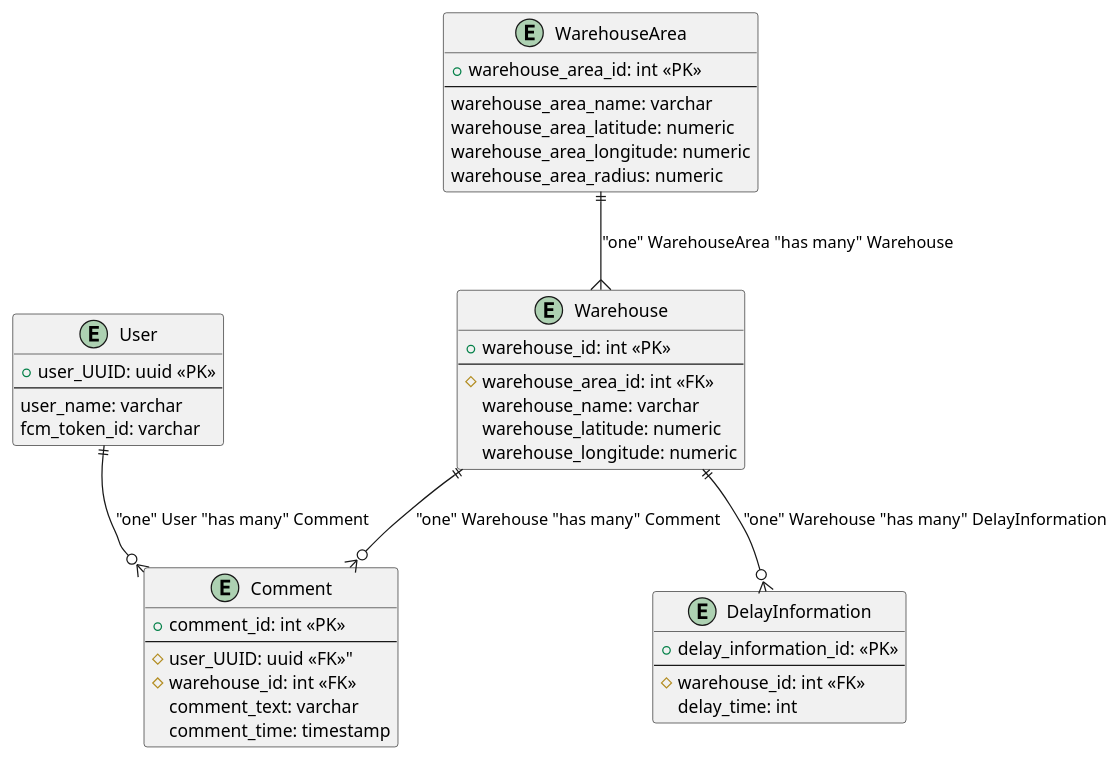
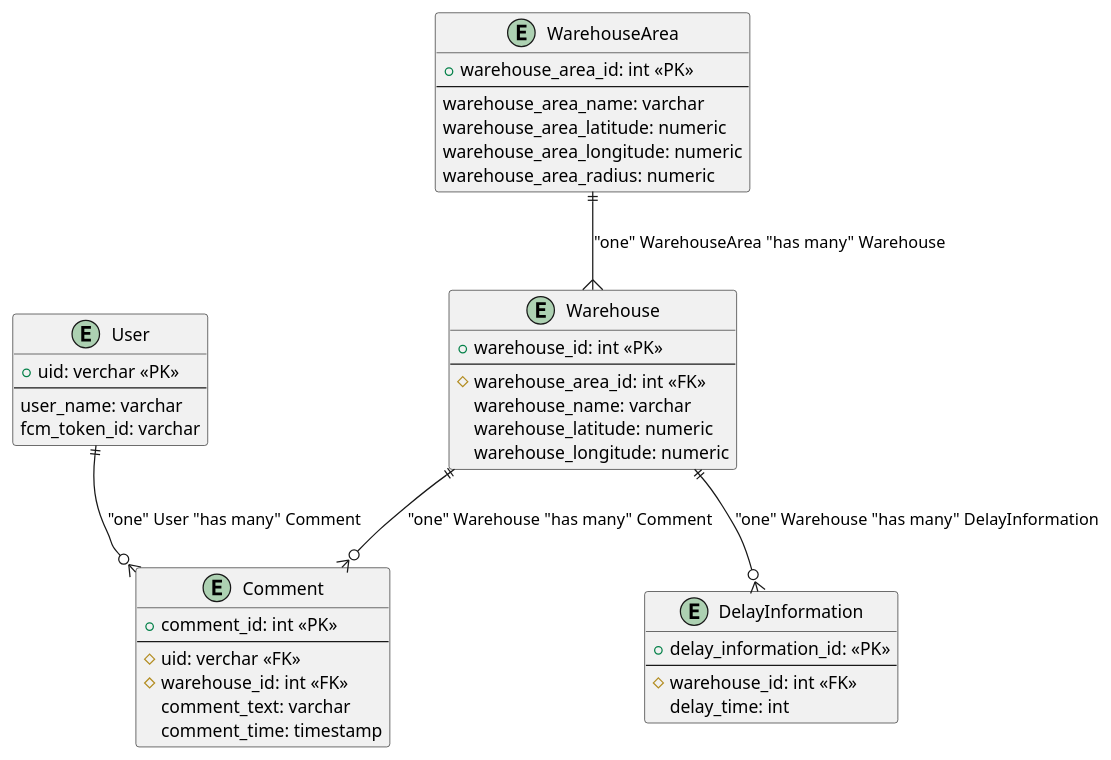
One commit to SEIZENSETSU/fleet-tracker-backend changed the diagram in docs/ER.puml. Above: the diagram before and after it, drawn with PlantUML.

Commit message:
update: user_idの命名・型の修正

```diff
--- a/docs/ER.puml
+++ b/docs/ER.puml
@@ -1,49 +1,49 @@
 @startuml fleet-tracker
 
 entity User as "User" {
-    + user_UUID: uuid <<PK>>
+    + uid: verchar <<PK>>
     --
     user_name: varchar
     fcm_token_id: varchar
 }
 
 entity WarehouseArea as "WarehouseArea" {
     + warehouse_area_id: int <<PK>>
     --
     warehouse_area_name: varchar
     warehouse_area_latitude: numeric
     warehouse_area_longitude: numeric
     warehouse_area_radius: numeric
 }
 
 entity Warehouse as "Warehouse" {
     + warehouse_id: int <<PK>>
     --
     # warehouse_area_id: int <<FK>>
     warehouse_name: varchar
     warehouse_latitude: numeric
     warehouse_longitude: numeric
 }
 
 entity DelayInformation as "DelayInformation" {
     + delay_information_id: <<PK>>
     --
     # warehouse_id: int <<FK>>
     delay_time: int
 }
 
 entity Comment as "Comment" {
     + comment_id: int <<PK>>
     --
-    # user_UUID: uuid <<FK>>"
+    # uid: verchar <<FK>>
     # warehouse_id: int <<FK>>
     comment_text: varchar
     comment_time: timestamp
 }
 
 "WarehouseArea" ||--{ "Warehouse" : "one" WarehouseArea "has many" Warehouse
 "Warehouse" ||--o{ "DelayInformation" : "one" Warehouse "has many" DelayInformation
 "User" ||--o{ "Comment" : "one" User "has many" Comment
 "Warehouse" ||--o{ "Comment" : "one" Warehouse "has many" Comment
 
 @enduml
```
